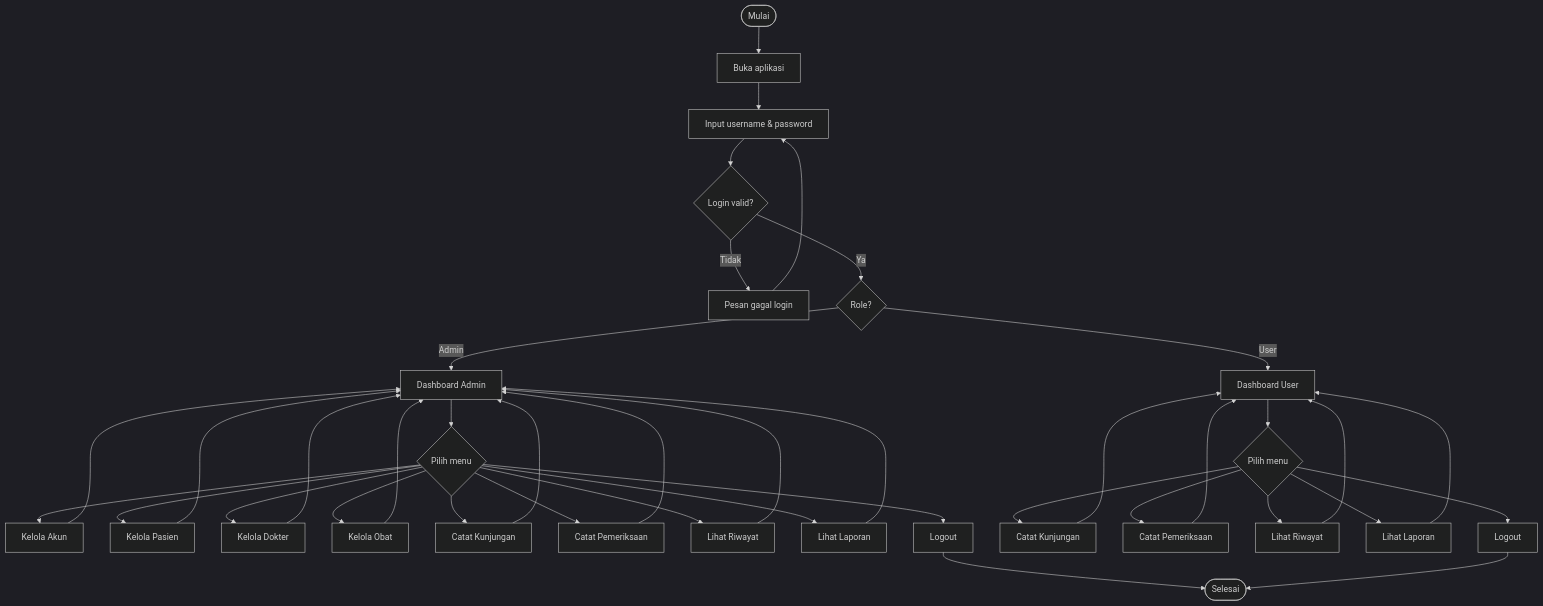
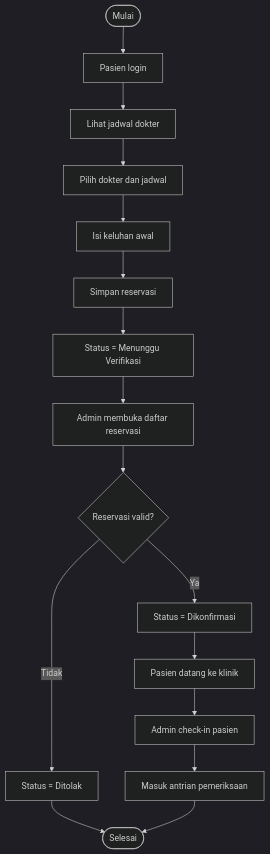
The second of 9 diagrams in README.md (Mubax5/Klinik-Sehat), drawn with Mermaid (dark theme) before and after one commit. The commit also changed other lines of this file, not shown here.

````diff
--- a/README.md
+++ b/README.md
@@ -469,47 +639,18 @@
 ```mermaid
 flowchart TD
-    Start([Mulai]) --> Open[Buka aplikasi]
-    Open --> Login[Input username & password]
-    Login --> Valid{Login valid?}
-
-    Valid -- Tidak --> Error[Pesan gagal login]
-    Error --> Login
-
-    Valid -- Ya --> Role{Role?}
-    Role -- Admin --> DashA[Dashboard Admin]
-    Role -- User --> DashU[Dashboard User]
-
-    DashA --> MenuA{Pilih menu}
-    MenuA --> AkunA[Kelola Akun]
-    MenuA --> PasienA[Kelola Pasien]
-    MenuA --> DokterA[Kelola Dokter]
-    MenuA --> ObatA[Kelola Obat]
-    MenuA --> KunjunganA[Catat Kunjungan]
-    MenuA --> PeriksaA[Catat Pemeriksaan]
-    MenuA --> RiwayatA[Lihat Riwayat]
-    MenuA --> LaporanA[Lihat Laporan]
-    MenuA --> LogoutA[Logout]
-
-    DashU --> MenuU{Pilih menu}
-    MenuU --> KunjunganU[Catat Kunjungan]
-    MenuU --> PeriksaU[Catat Pemeriksaan]
-    MenuU --> RiwayatU[Lihat Riwayat]
-    MenuU --> LaporanU[Lihat Laporan]
-    MenuU --> LogoutU[Logout]
-
-    AkunA --> DashA
-    PasienA --> DashA
-    DokterA --> DashA
-    ObatA --> DashA
-    KunjunganA --> DashA
-    PeriksaA --> DashA
-    RiwayatA --> DashA
-    LaporanA --> DashA
-    LogoutA --> End([Selesai])
-
-    KunjunganU --> DashU
-    PeriksaU --> DashU
-    RiwayatU --> DashU
-    LaporanU --> DashU
-    LogoutU --> End
+    A([Mulai]) --> B[Pasien login]
+    B --> C[Lihat jadwal dokter]
+    C --> D[Pilih dokter dan jadwal]
+    D --> E[Isi keluhan awal]
+    E --> F[Simpan reservasi]
+    F --> G[Status = Menunggu Verifikasi]
+    G --> H[Admin membuka daftar reservasi]
+    H --> I{Reservasi valid?}
+    I -- Ya --> J[Status = Dikonfirmasi]
+    I -- Tidak --> K[Status = Ditolak]
+    J --> L[Pasien datang ke klinik]
+    L --> M[Admin check-in pasien]
+    M --> N[Masuk antrian pemeriksaan]
+    K --> O([Selesai])
+    N --> O
 ```
````
